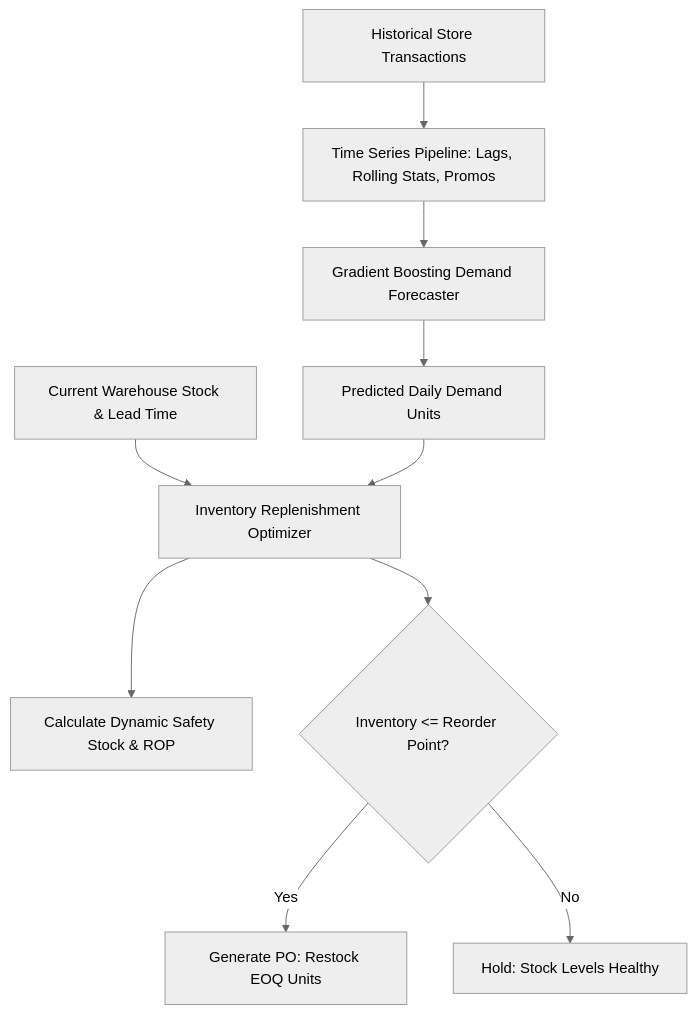
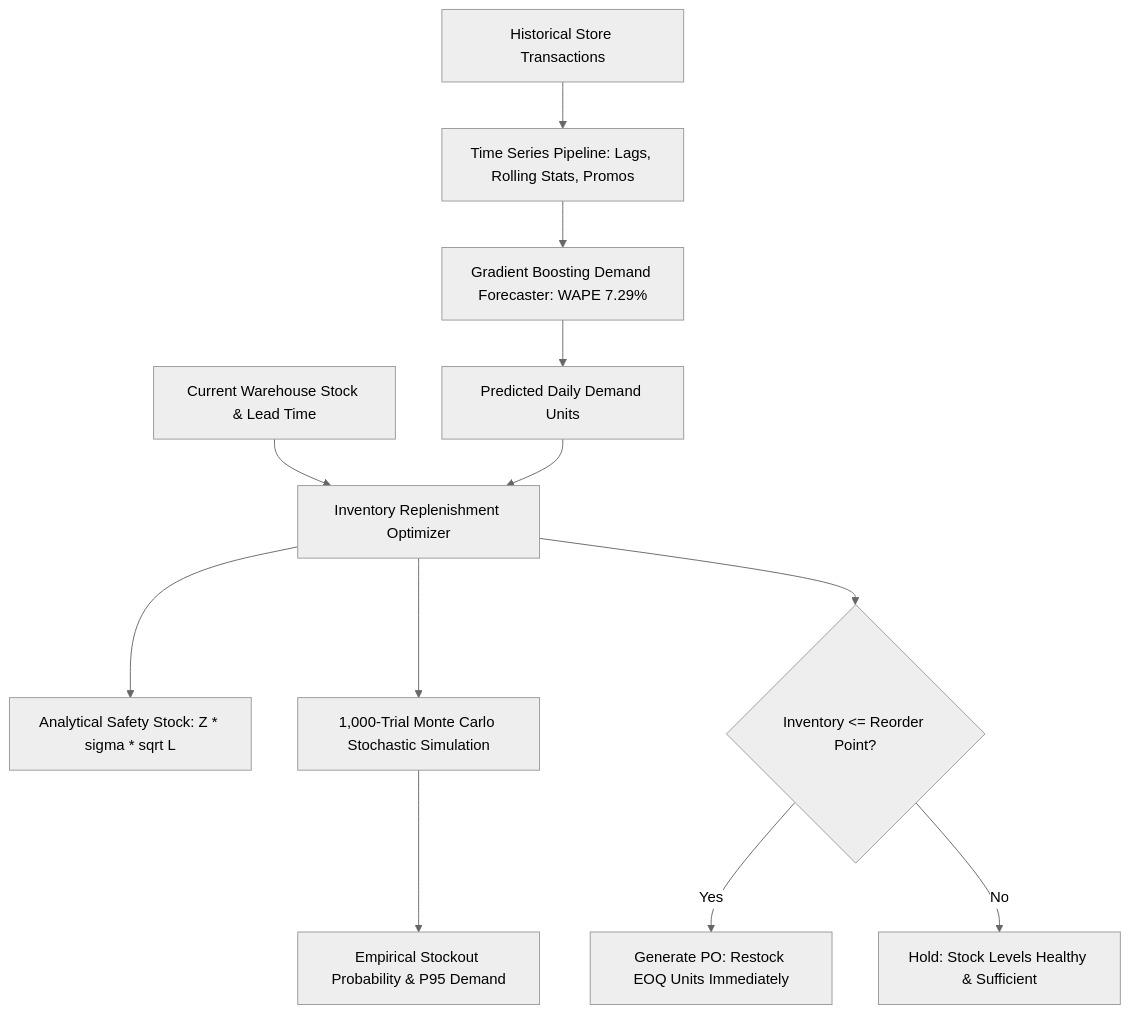
One commit to jashp144/industry-data-science-ai-portfolio changed the diagram in 04_retail_demand_forecasting_engine/README.md. Above: the diagram before and after it, drawn with Mermaid (neutral theme). The commit also changed other lines of this file and 7 other files, not shown here.

Commit message:
docs: enrich technical documentation with executive ROI, system flowcharts, and hiring manager evaluation rubrics

````diff
--- a/04_retail_demand_forecasting_engine/README.md
+++ b/04_retail_demand_forecasting_engine/README.md
@@ -19,13 +25,17 @@
 ```mermaid
 flowchart TD
     SalesHistory[Historical Store Transactions] --> FeaturePipeline[Time Series Pipeline: Lags, Rolling Stats, Promos]
-    FeaturePipeline --> Regressor[Gradient Boosting Demand Forecaster]
+    FeaturePipeline --> Regressor[Gradient Boosting Demand Forecaster: WAPE 7.29%]
     Regressor --> ForecastDemand[Predicted Daily Demand Units]
     
     InventoryState[Current Warehouse Stock & Lead Time] --> Optimizer[Inventory Replenishment Optimizer]
     ForecastDemand --> Optimizer
-    Optimizer --> SafetyStock[Calculate Dynamic Safety Stock & ROP]
+    
+    Optimizer --> SafetyStock[Analytical Safety Stock: Z * sigma * sqrt L]
+    Optimizer --> MonteCarlo[1,000-Trial Monte Carlo Stochastic Simulation]
+    MonteCarlo --> EmpiricalRisk[Empirical Stockout Probability & P95 Demand]
+    
     Optimizer --> RestockDecision{Inventory <= Reorder Point?}
-    RestockDecision -- Yes --> GenPO[Generate PO: Restock EOQ Units]
-    RestockDecision -- No --> Standby[Hold: Stock Levels Healthy]
+    RestockDecision -- Yes --> GenPO[Generate PO: Restock EOQ Units Immediately]
+    RestockDecision -- No --> Standby[Hold: Stock Levels Healthy & Sufficient]
 ```
````
